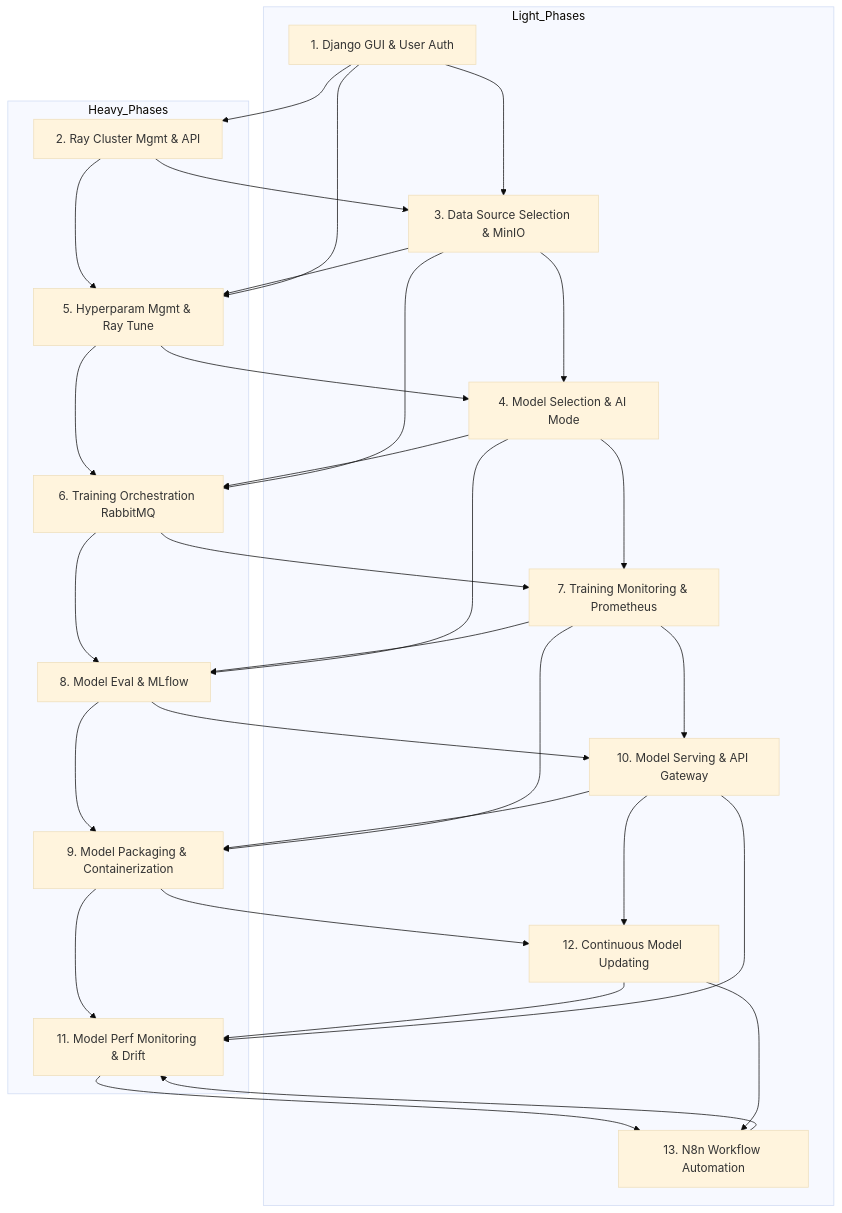
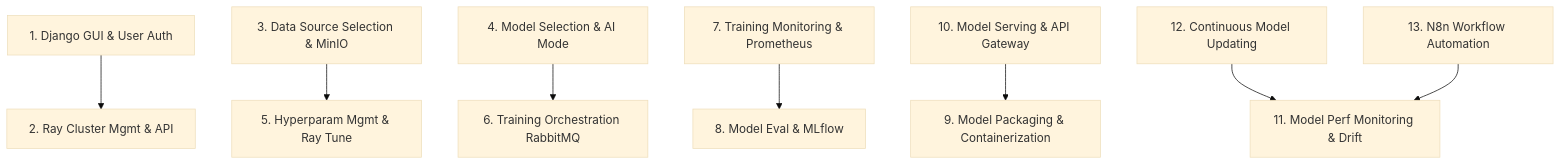
Before and after one commit to username-not-important/cloud-computing-2025: the second of 3 diagrams in project/readme.md, drawn with Mermaid (base theme). The commit also changed other lines of this file, not shown here.

````diff
--- a/project/readme.md
+++ b/project/readme.md
@@ -246,38 +209,10 @@
 ```mermaid
 flowchart TD
-    subgraph Light_Phases
-        L1[1. Django GUI & User Auth]
-        L2[3. Data Source Selection & MinIO]
-        L3[4. Model Selection & AI Mode]
-        L4[7. Training Monitoring & Prometheus]
-        L5[10. Model Serving & API Gateway]
-        L6[12. Continuous Model Updating]
-        L7[13. N8n Workflow Automation]
-    end
-
-    subgraph Heavy_Phases
-        H1[2. Ray Cluster Mgmt & API]
-        H2[5. Hyperparam Mgmt & Ray Tune]
-        H3[6. Training Orchestration RabbitMQ]
-        H4[8. Model Eval & MLflow]
-        H5[9. Model Packaging & Containerization]
-        H6[11. Model Perf Monitoring & Drift]
-    end
-
-    %% Phase dependencies
-    L1 --> H1
-    L2 --> H2
-    L3 --> H3
-    L4 --> H4
-    L5 --> H5
-    L6 --> H6
-    L7 --> H6
-
-    %% Parallel work
-    H1 & L1 --> H2 & L2
-    H2 & L2 --> H3 & L3
-    H3 & L3 --> H4 & L4
-    H4 & L4 --> H5 & L5
-    H5 & L5 --> H6 & L6
-    H6 & L6 --> L7
+    L1[1. Django GUI & User Auth] --> H1[2. Ray Cluster Mgmt & API]
+    L2[3. Data Source Selection & MinIO] --> H2[5. Hyperparam Mgmt & Ray Tune]
+    L3[4. Model Selection & AI Mode] --> H3[6. Training Orchestration RabbitMQ]
+    L4[7. Training Monitoring & Prometheus] --> H4[8. Model Eval & MLflow]
+    L5[10. Model Serving & API Gateway] --> H5[9. Model Packaging & Containerization]
+    L6[12. Continuous Model Updating] --> H6[11. Model Perf Monitoring & Drift]
+    L7[13. N8n Workflow Automation] --> H6
 ```
````
